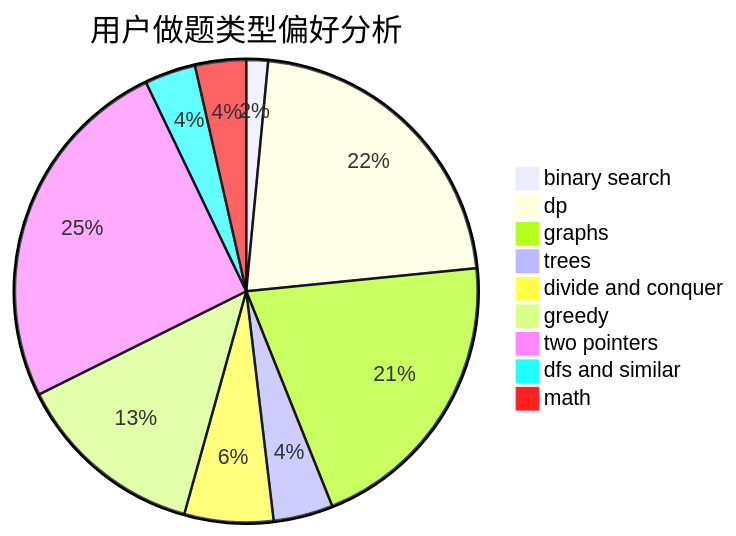
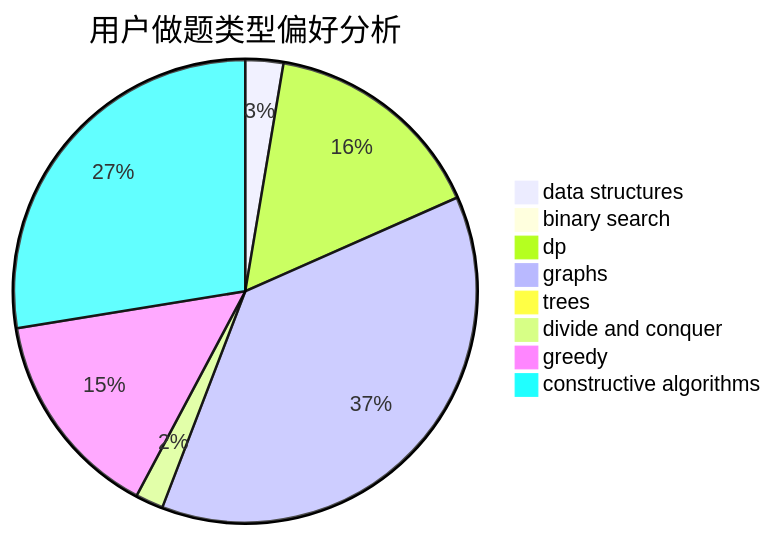
One commit to sherpahu/cfrs.github.io changed the second of 3 diagrams in docs/user/u748.md. Above: the diagram before and after it, drawn with Mermaid. The commit also changed other lines of this file and 2775 other files, not shown here.

````diff
--- a/docs/user/u748.md
+++ b/docs/user/u748.md
@@ -23,12 +23,11 @@
 ```mermaid
 pie title 用户做题类型偏好分析
-    "binary search" :  20
-    "dp" :  289
-    "graphs" :  271
-    "trees" :  55
-    "divide and conquer" :  82
-    "greedy" :  176
-    "two pointers" :  333
-    "dfs and similar" :  47
-    "math" :  47
+    "data structures" :  15
+    "binary search" :  5
+    "dp" :  89
+    "graphs" :  212
+    "trees" :  1
+    "divide and conquer" :  11
+    "greedy" :  83
+    "constructive algorithms" :  156
 ```
````
